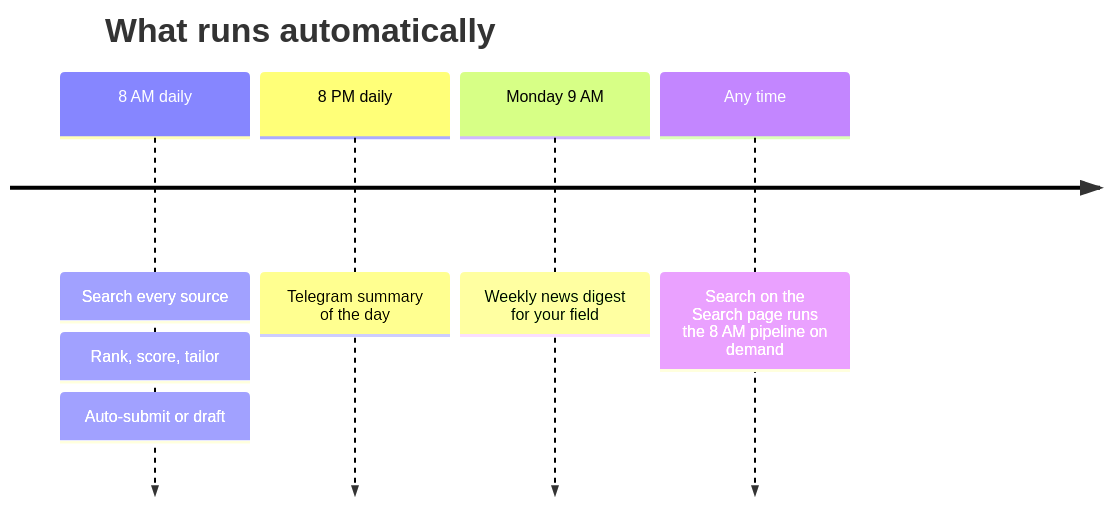
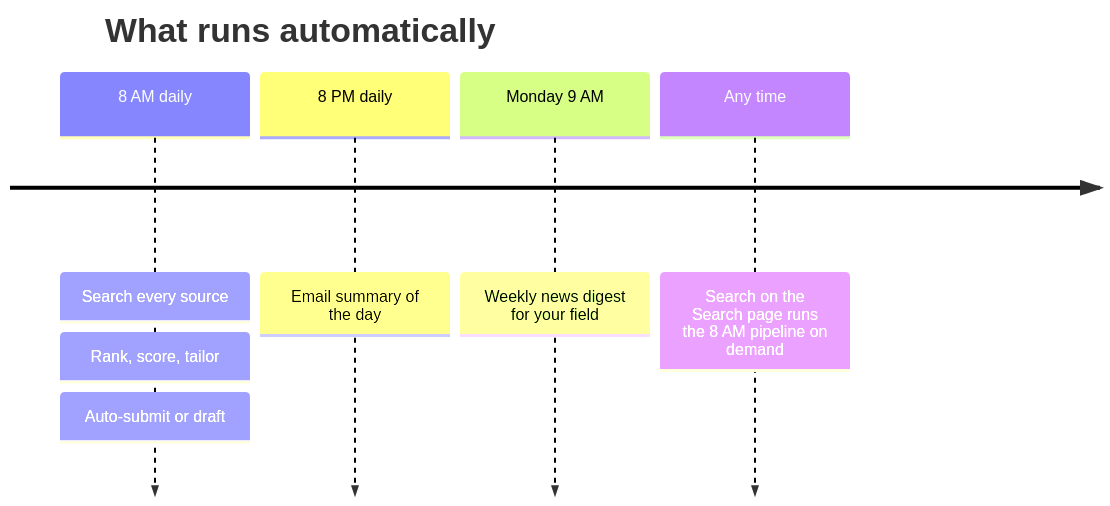
Before and after one commit to alymaklad/saei: the second of 10 diagrams in README.md, drawn with Mermaid. The commit also changed other lines of this file and 16 other files, not shown here.

First line of the commit message:
Reports by email instead of Telegram; Gmail sign-in with an App Password

````diff
--- a/README.md
+++ b/README.md
@@ -78,8 +78,8 @@
 ```mermaid
 timeline
     title What runs automatically
     8 AM daily : Search every source : Rank, score, tailor : Auto-submit or draft
-    8 PM daily : Telegram summary of the day
+    8 PM daily : Email summary of the day
     Monday 9 AM : Weekly news digest for your field
     Any time : Search on the Search page runs the 8 AM pipeline on demand
 ```
````
